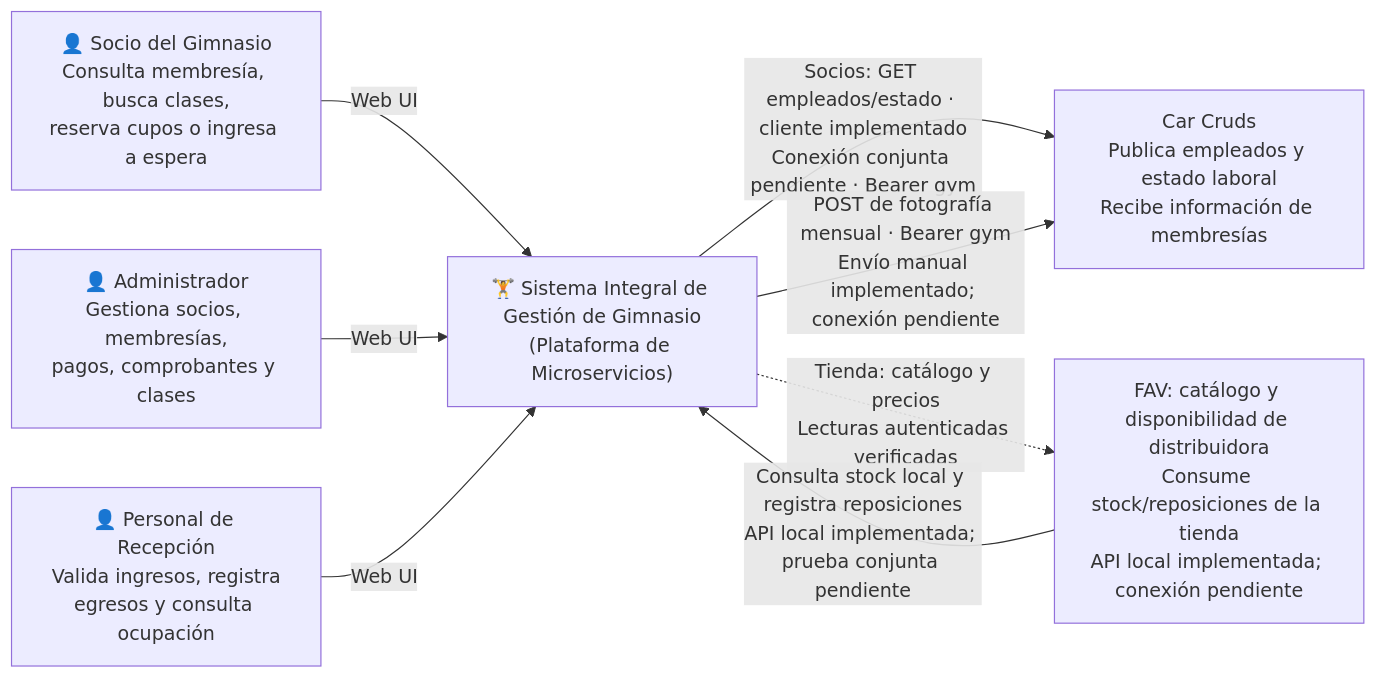
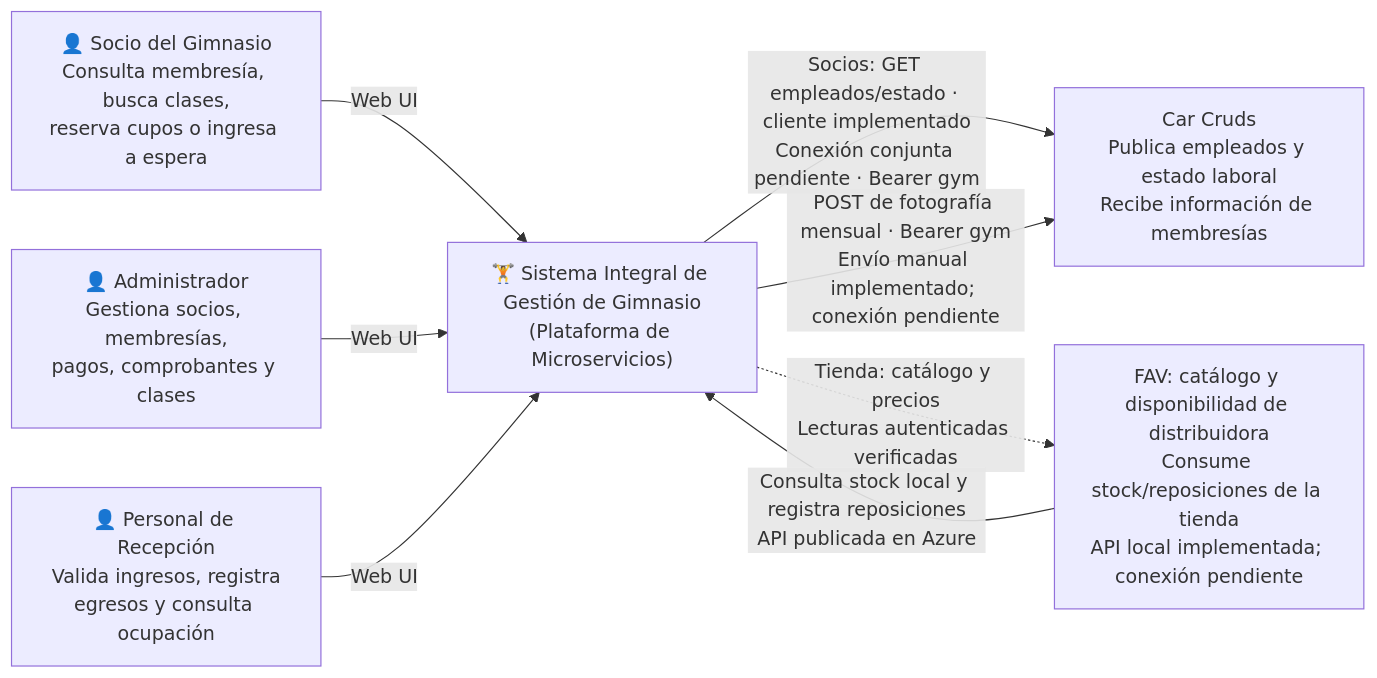
The second of 4 diagrams in docs/ARCHITECTURE.md (PabloMarquezCapilla/Gestion-gimnasio-arquitectura-software), drawn with Mermaid before and after one commit. The commit also changed other lines of this file and 6 other files, not shown here.

Commit message:
docs: registrar la prueba conjunta de FAV en Azure

````diff
--- a/docs/ARCHITECTURE.md
+++ b/docs/ARCHITECTURE.md
@@ -139,18 +139,18 @@
 ```mermaid
 flowchart LR
     socio["👤 Socio del Gimnasio<br/>Consulta membresía, busca clases,<br/>reserva cupos o ingresa a espera"]
     admin["👤 Administrador<br/>Gestiona socios, membresías,<br/>pagos, comprobantes y clases"]
     recepcion["👤 Personal de Recepción<br/>Valida ingresos, registra<br/>egresos y consulta ocupación"]
     consumidor["Car Cruds<br/>Publica empleados y estado laboral<br/>Recibe información de membresías"]
     proveedor["FAV: catálogo y disponibilidad de distribuidora<br/>Consume stock/reposiciones de la tienda<br/>API local implementada; conexión pendiente"]
 
     sistema["🏋️ Sistema Integral de Gestión de Gimnasio<br/>(Plataforma de Microservicios)"]
 
     socio -->|Web UI| sistema
     admin -->|Web UI| sistema
     recepcion -->|Web UI| sistema
     sistema -->|Socios: GET empleados/estado · cliente implementado<br/>Conexión conjunta pendiente · Bearer gym| consumidor
     sistema -->|POST de fotografía mensual · Bearer gym<br/>Envío manual implementado; conexión pendiente| consumidor
     sistema -.->|Tienda: catálogo y precios<br/>Lecturas autenticadas verificadas| proveedor
-    proveedor -->|Consulta stock local y registra reposiciones<br/>API local implementada; prueba conjunta pendiente| sistema
+    proveedor -->|Consulta stock local y registra reposiciones<br/>API publicada en Azure| sistema
 ```
````
